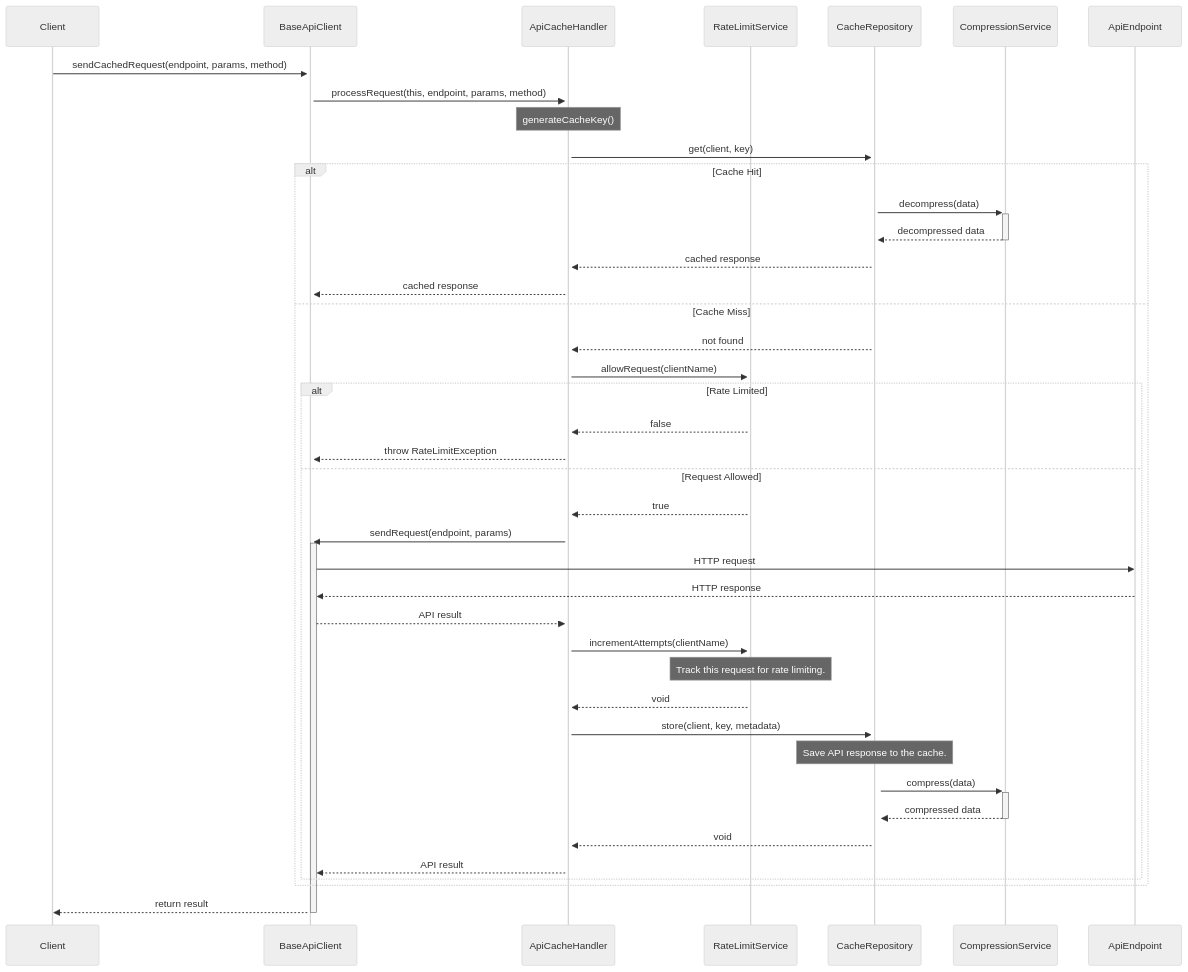
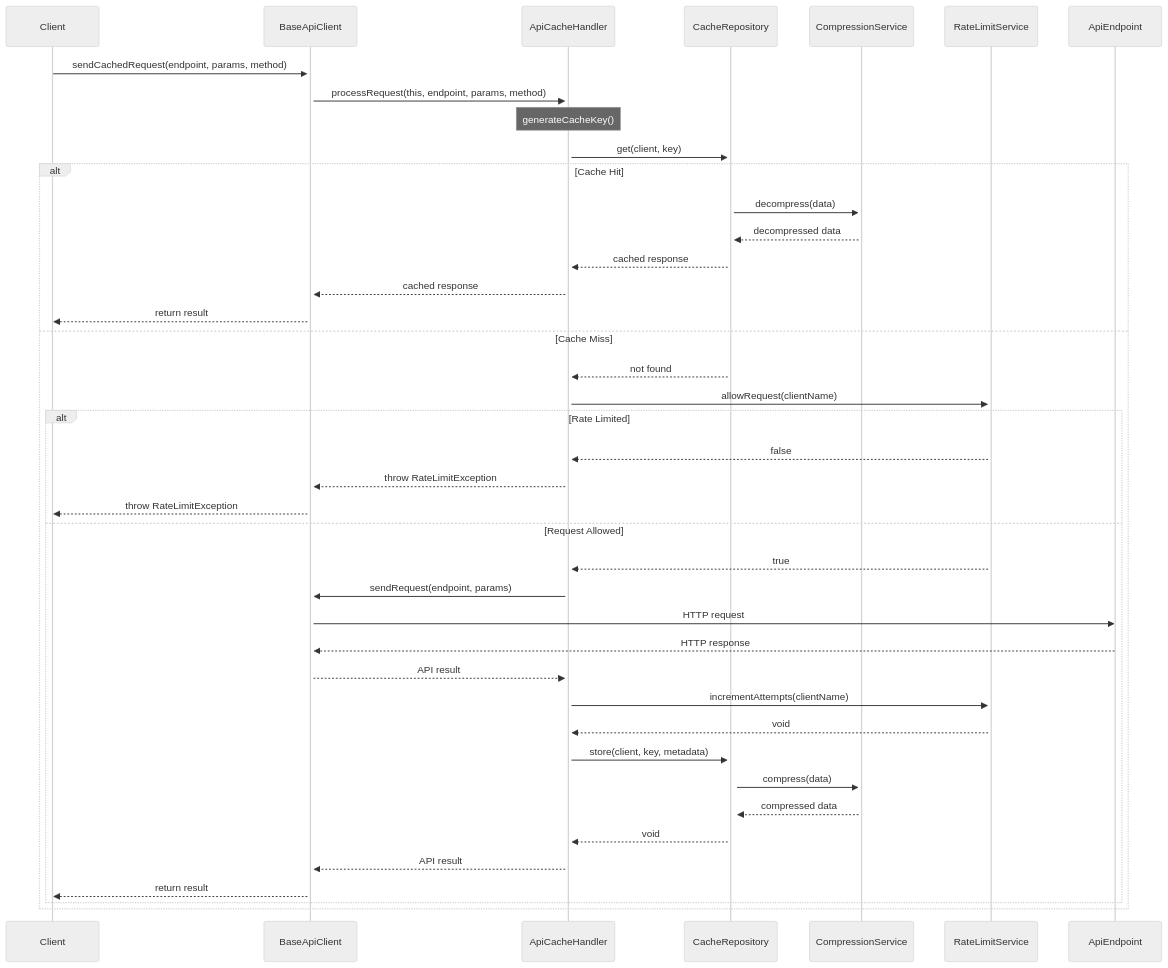
Before and after one commit to fofxtools/api-cache: the diagram in docs/diagrams/sequence-diagram.mmd, drawn with Mermaid (neutral theme). The commit also changed 4 other files, not shown here.

Commit message:
Workflow Diagram

```diff
--- a/docs/diagrams/sequence-diagram.mmd
+++ b/docs/diagrams/sequence-diagram.mmd
@@ -1,50 +1,61 @@
 sequenceDiagram
     participant Client
     participant BaseApiClient
     participant ApiCacheHandler
-    participant RateLimitService
     participant CacheRepository
     participant CompressionService
+    participant RateLimitService
     participant ApiEndpoint
     
+    %% 1) Client calls BaseApiClient
     Client->>+BaseApiClient: sendCachedRequest(endpoint, params, method)
     BaseApiClient->>+ApiCacheHandler: processRequest(this, endpoint, params, method)
-    
+
     Note over ApiCacheHandler: generateCacheKey()
-    
+
+    %% 2) Check cache
     ApiCacheHandler->>+CacheRepository: get(client, key)
-    
+
     alt Cache Hit
+        %% 3A) Cache hit: decompress and return
         CacheRepository->>+CompressionService: decompress(data)
-        CompressionService-->>-CacheRepository: decompressed data
+        CompressionService-->>CacheRepository: decompressed data
         CacheRepository-->>ApiCacheHandler: cached response
         ApiCacheHandler-->>BaseApiClient: cached response
+        BaseApiClient-->>Client: return result
+
     else Cache Miss
+        %% 3B) Cache miss: no cache, check rate limit
         CacheRepository-->>ApiCacheHandler: not found
         ApiCacheHandler->>+RateLimitService: allowRequest(clientName)
-        
+
         alt Rate Limited
+            %% 4A) Rate limit triggered
             RateLimitService-->>ApiCacheHandler: false
             ApiCacheHandler-->>BaseApiClient: throw RateLimitException
+            BaseApiClient-->>Client: throw RateLimitException
+
         else Request Allowed
+            %% 4B) Rate limit OK: make a real API call
             RateLimitService-->>ApiCacheHandler: true
             
-            ApiCacheHandler->>+BaseApiClient: sendRequest(endpoint, params)
+            ApiCacheHandler->>BaseApiClient: sendRequest(endpoint, params)
             BaseApiClient->>ApiEndpoint: HTTP request
             ApiEndpoint-->>BaseApiClient: HTTP response
             BaseApiClient-->>ApiCacheHandler: API result
-            
-            ApiCacheHandler->>+RateLimitService: incrementAttempts(clientName)
-            Note over RateLimitService: Track this request for rate limiting.
+
+            %% 5) Track usage
+            ApiCacheHandler->>RateLimitService: incrementAttempts(clientName)
             RateLimitService-->>ApiCacheHandler: void
-            
+
+            %% 6) Cache the fresh response
             ApiCacheHandler->>+CacheRepository: store(client, key, metadata)
-            Note over CacheRepository: Save API response to the cache.
             CacheRepository->>+CompressionService: compress(data)
-            CompressionService-->>-CacheRepository: compressed data
+            CompressionService-->>CacheRepository: compressed data
             CacheRepository-->>ApiCacheHandler: void
-            
+
+            %% 7) Return to client
             ApiCacheHandler-->>BaseApiClient: API result
+            BaseApiClient-->>Client: return result
         end
     end
-    BaseApiClient-->>-Client: return result 
```
